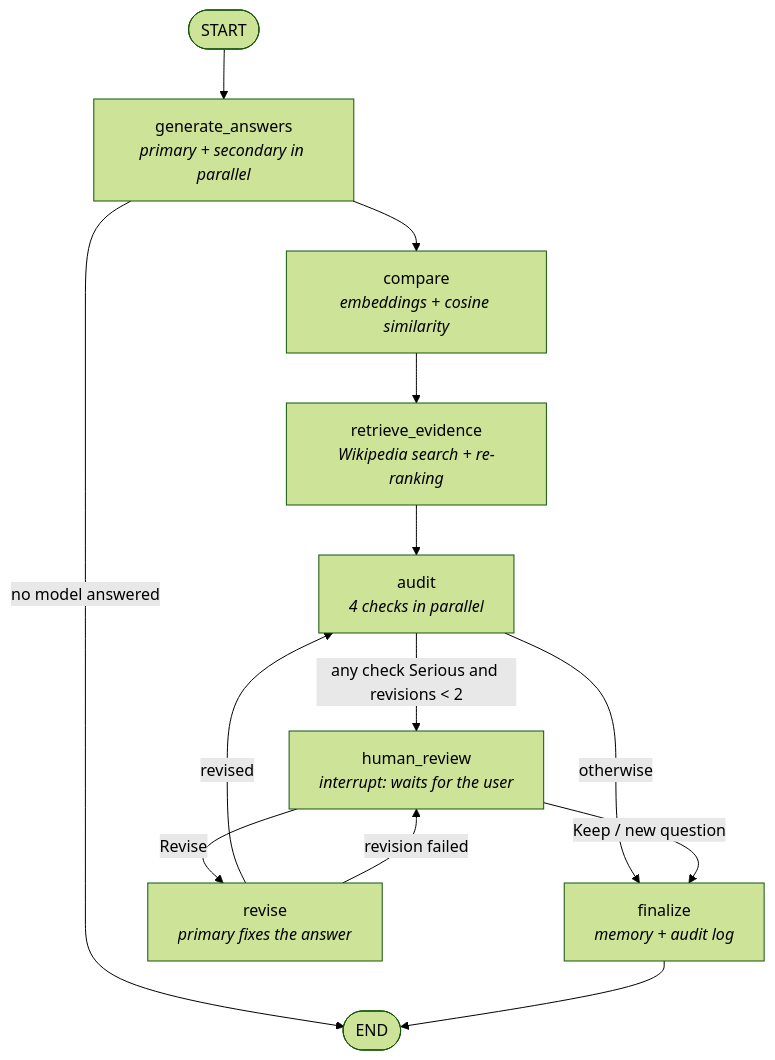
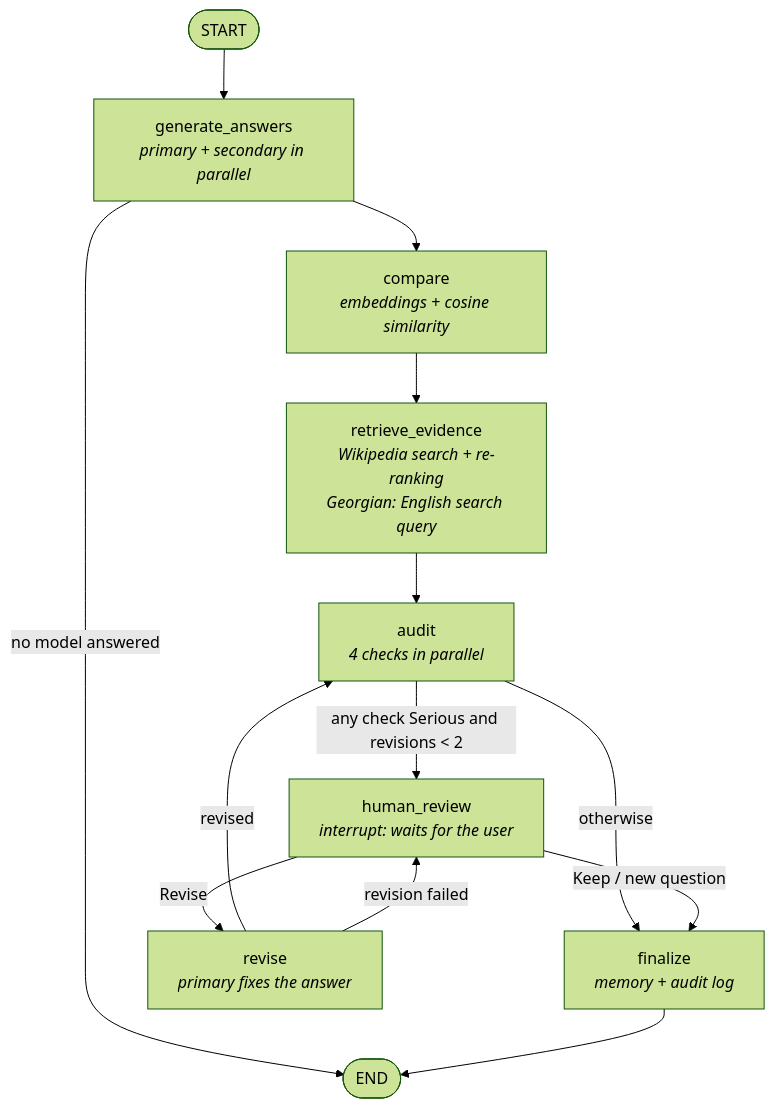
One commit to tamarkilasonia/VerdictAI changed the diagram in README.md. Above: the diagram before and after it, drawn with Mermaid (forest theme). The commit also changed other lines of this file and 14 other files, not shown here.

First line of the commit message:
Answer in English and Georgian using Gemini and Groq

````diff
--- a/README.md
+++ b/README.md
@@ -50,15 +53,15 @@
 ```mermaid
 flowchart TD
     S([START]) --> G[generate_answers<br/><i>primary + secondary in parallel</i>]
     G -->|no model answered| E([END])
     G --> C[compare<br/><i>embeddings + cosine similarity</i>]
-    C --> R[retrieve_evidence<br/><i>Wikipedia search + re-ranking</i>]
+    C --> R[retrieve_evidence<br/><i>Wikipedia search + re-ranking<br/>Georgian: English search query</i>]
     R --> A[audit<br/><i>4 checks in parallel</i>]
     A -->|"any check Serious and revisions < 2"| H[human_review<br/><i>interrupt: waits for the user</i>]
     A -->|otherwise| F[finalize<br/><i>memory + audit log</i>]
     H -->|Revise| V[revise<br/><i>primary fixes the answer</i>]
     H -->|Keep / new question| F
     V -->|revised| A
     V -->|revision failed| H
     F --> E
 ```
````
